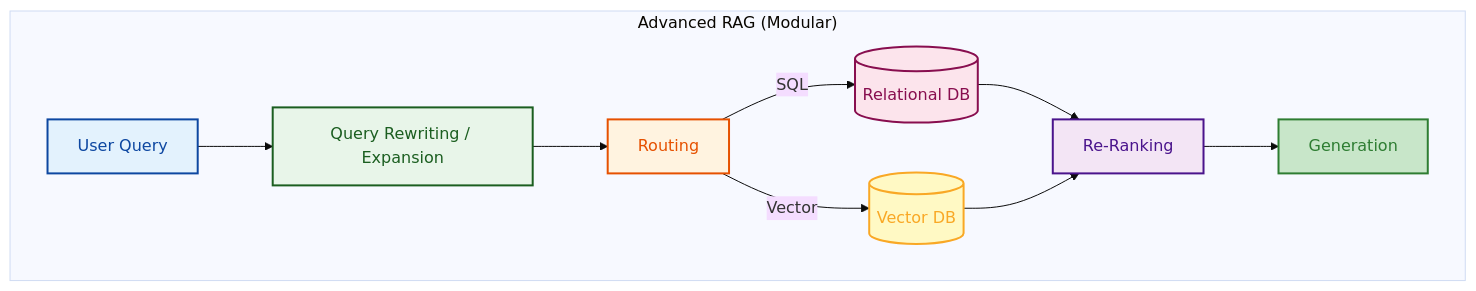
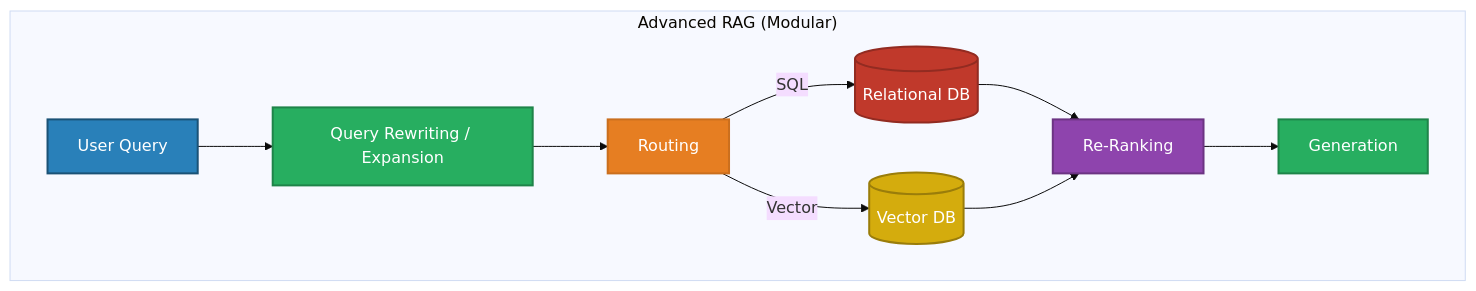
The third of 3 diagrams in docs/02-rag/README.md (GyanendraChaubey/AI-Engineering-Notes), drawn with Mermaid (base theme) before and after one commit. The commit also changed other lines of this file and 15 other files, not shown here.

Commit message:
style: replace all Mermaid diagram colors with saturated palette + white text for dark mode compatibility (321 changes across 16 files)

````diff
--- a/docs/02-rag/README.md
+++ b/docs/02-rag/README.md
@@ -182,19 +182,19 @@
 ```mermaid
 flowchart TD
     subgraph AdvancedRAG ["Advanced RAG (Modular)"]
         A[User Query] --> B[Query Rewriting / Expansion]
         B --> C[Routing]
         C -->|SQL| D[(Relational DB)]
         C -->|Vector| E[(Vector DB)]
         D --> F[Re-Ranking]
         E --> F
         F --> G[Generation]
     end
-    style A fill:#e3f2fd,stroke:#0d47a1,stroke-width:2px,color:#0d47a1
-    style B fill:#e8f5e9,stroke:#1b5e20,stroke-width:2px,color:#1b5e20
-    style C fill:#fff3e0,stroke:#e65100,stroke-width:2px,color:#e65100
-    style D fill:#fce4ec,stroke:#880e4f,stroke-width:2px,color:#880e4f
-    style E fill:#fff9c4,stroke:#f9a825,stroke-width:2px,color:#f9a825
-    style F fill:#f3e5f5,stroke:#4a148c,stroke-width:2px,color:#4a148c
-    style G fill:#c8e6c9,stroke:#2e7d32,stroke-width:2px,color:#2e7d32
+    style A fill:#2980B9,stroke:#1A5276,stroke-width:2px,color:#FFFFFF
+    style B fill:#27AE60,stroke:#1E8449,stroke-width:2px,color:#FFFFFF
+    style C fill:#E67E22,stroke:#CA6F1E,stroke-width:2px,color:#FFFFFF
+    style D fill:#C0392B,stroke:#922B21,stroke-width:2px,color:#FFFFFF
+    style E fill:#D4AC0D,stroke:#9A7D0A,stroke-width:2px,color:#FFFFFF
+    style F fill:#8E44AD,stroke:#6C3483,stroke-width:2px,color:#FFFFFF
+    style G fill:#27AE60,stroke:#1E8449,stroke-width:2px,color:#FFFFFF
 ```
````
